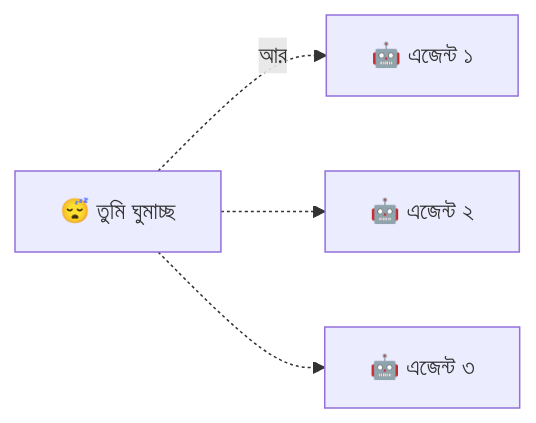
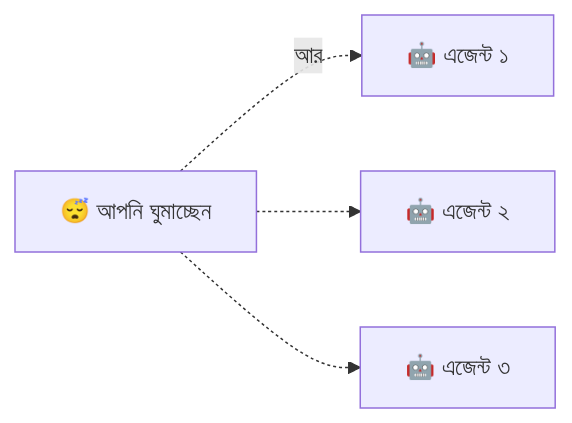
One commit to dhrupo/dictionary-of-ai-coding-bangla changed the diagram in dictionary/07-patterns-of-work.md. Above: the diagram before and after it, drawn with Mermaid. The commit also changed other lines of this file and 8 other files, not shown here.

````diff
--- a/dictionary/07-patterns-of-work.md
+++ b/dictionary/07-patterns-of-work.md
@@ -44,6 +31,6 @@
 ```mermaid
 flowchart LR
-    U["😴 তুমি ঘুমাচ্ছ"] -.আর.-> A1["🤖 এজেন্ট ১"]
+    U["😴 আপনি ঘুমাচ্ছেন"] -.আর.-> A1["🤖 এজেন্ট ১"]
     U -.-> A2["🤖 এজেন্ট ২"]
     U -.-> A3["🤖 এজেন্ট ৩"]
 ```
````
